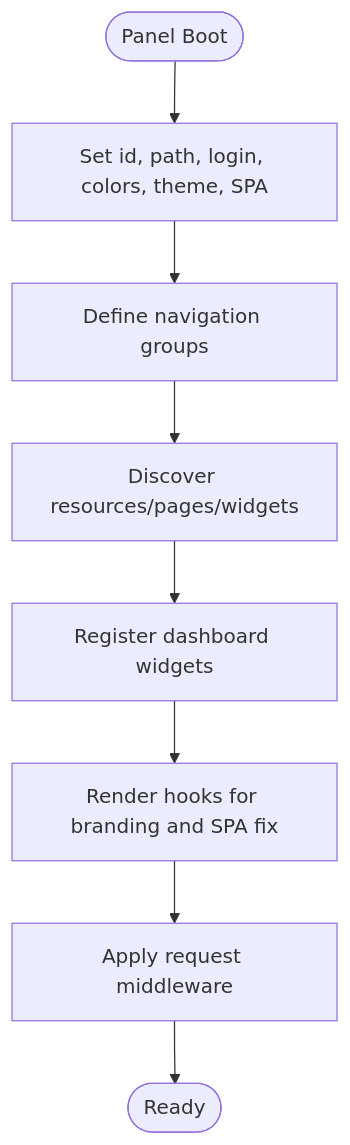
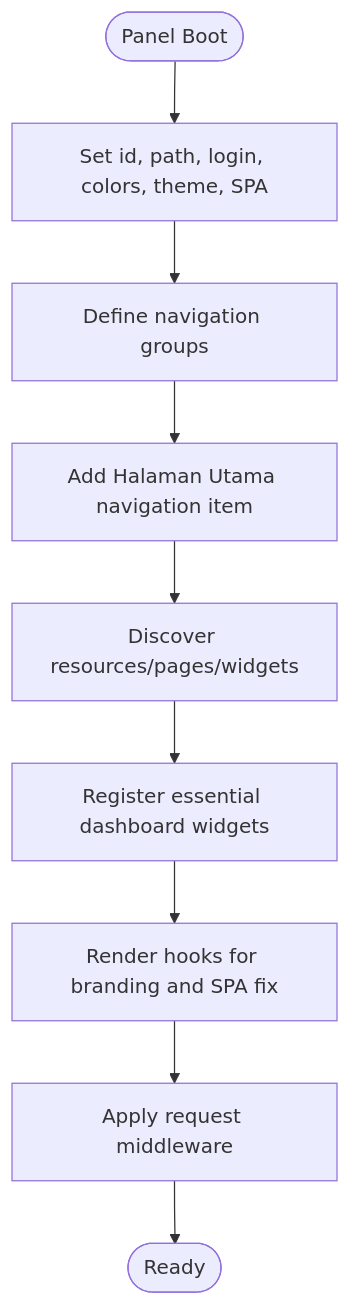
The third of 18 diagrams in .qoder/repowiki/en/content/Filament Admin Panel/Filament Admin Panel.md (Dikksap/laravel_RsvHelmet), drawn with Mermaid before and after one commit. The commit also changed other lines of this file and 13 other files, not shown here.

First line of the commit message:
refactor(dashboard): replace production widgets with inventory management widgets

````diff
--- a/.qoder/repowiki/en/content/Filament Admin Panel/Filament Admin Panel.md
+++ b/.qoder/repowiki/en/content/Filament Admin Panel/Filament Admin Panel.md
@@ -260,10 +255,11 @@
 ```mermaid
 flowchart TD
 Start([Panel Boot]) --> Config["Set id, path, login, colors, theme, SPA"]
 Config --> Nav["Define navigation groups"]
-Nav --> Discover["Discover resources/pages/widgets"]
-Discover --> Widgets["Register dashboard widgets"]
+Nav --> NavItems["Add Halaman Utama navigation item"]
+NavItems --> Discover["Discover resources/pages/widgets"]
+Discover --> Widgets["Register essential dashboard widgets"]
 Widgets --> Hooks["Render hooks for branding and SPA fix"]
 Hooks --> Middleware["Apply request middleware"]
 Middleware --> End([Ready])
 ```
````
